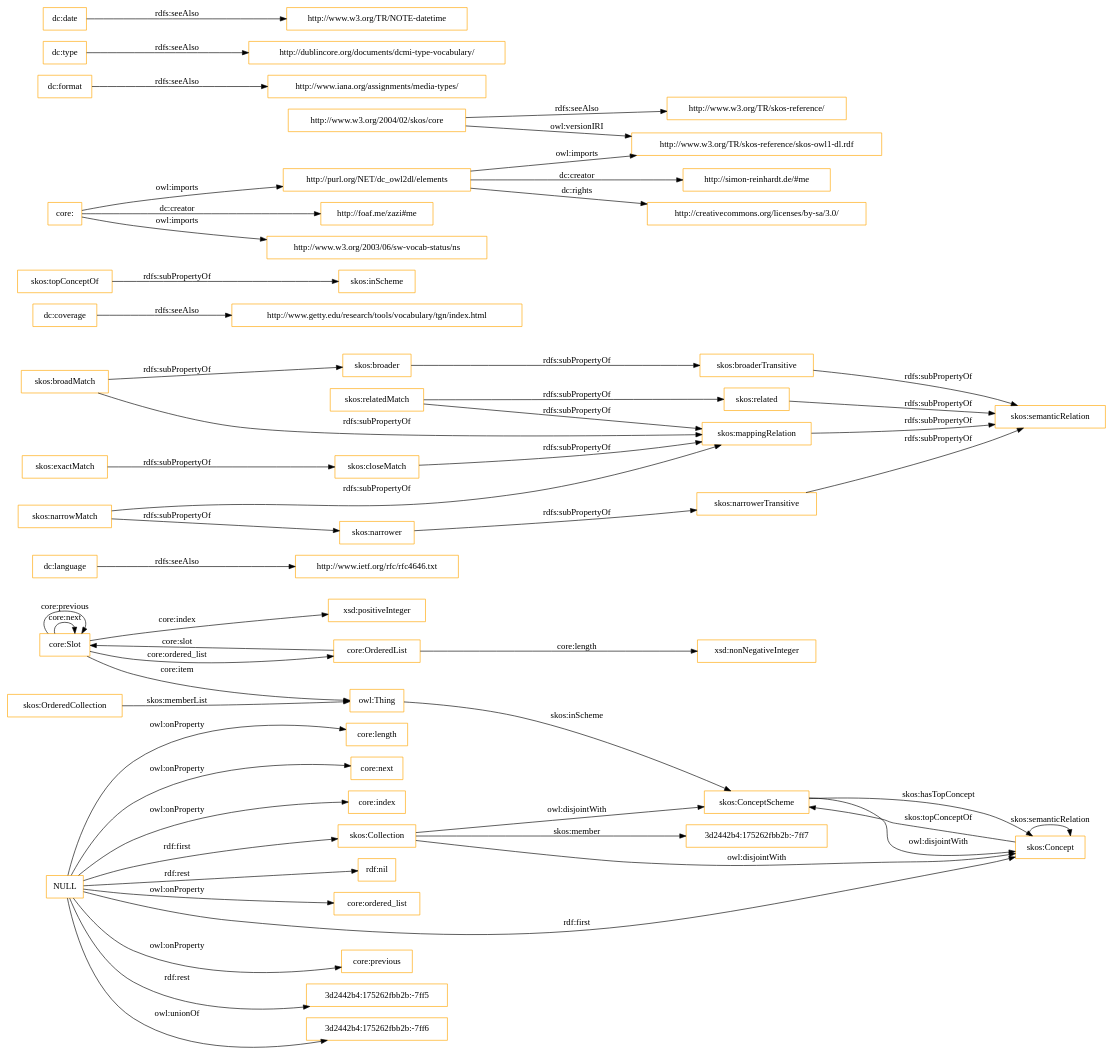
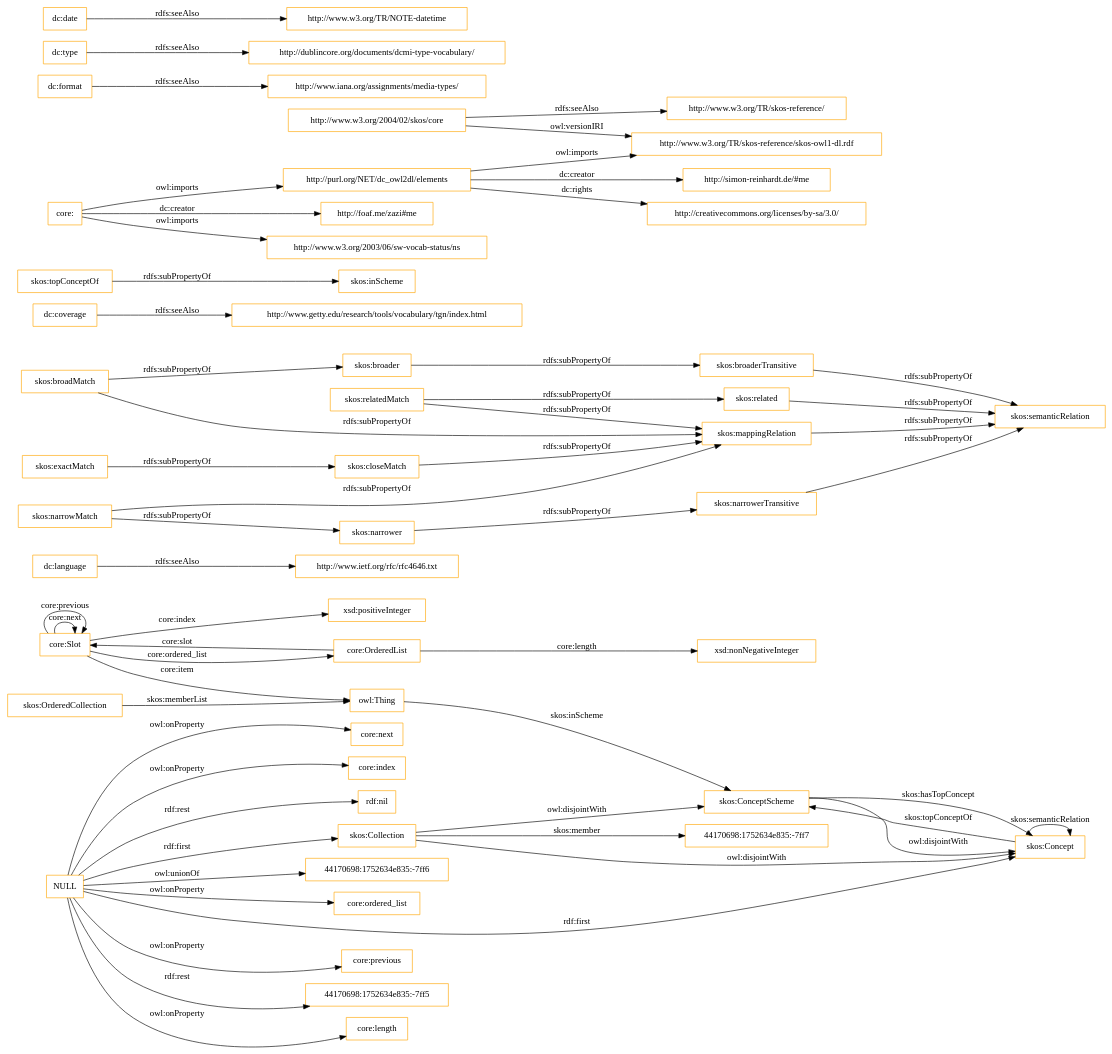
One commit to OnToologyUser/core-ontology-1 changed the diagram in OnToology/imports/core.owl/diagrams/ar2dtool-class/core.owl.png.dot. Above: the diagram before and after it, drawn with Graphviz. The commit also changed 14 other files, not shown here.

```diff
--- a/OnToology/imports/core.owl/diagrams/ar2dtool-class/core.owl.png.dot
+++ b/OnToology/imports/core.owl/diagrams/ar2dtool-class/core.owl.png.dot
@@ -1,60 +1,60 @@
 digraph ar2dtool_diagram { 
 rankdir=LR;
 size="1501"
-node [shape = rectangle, color="orange"]; "core:Slot" "core:OrderedList" "3d2442b4:175262fbb2b:-7ff7" "skos:OrderedCollection" "skos:Collection" "skos:ConceptScheme" "skos:Concept" ; /*classes style*/
+node [shape = rectangle, color="orange"]; "core:Slot" "core:OrderedList" "44170698:1752634e835:-7ff7" "skos:OrderedCollection" "skos:Collection" "skos:ConceptScheme" "skos:Concept" ; /*classes style*/
 	"dc:language" -> "http://www.ietf.org/rfc/rfc4646.txt" [ label = "rdfs:seeAlso" ];
 	"NULL" -> "core:previous" [ label = "owl:onProperty" ];
-	"NULL" -> "3d2442b4:175262fbb2b:-7ff5" [ label = "rdf:rest" ];
-	"NULL" -> "3d2442b4:175262fbb2b:-7ff6" [ label = "owl:unionOf" ];
+	"NULL" -> "44170698:1752634e835:-7ff5" [ label = "rdf:rest" ];
 	"NULL" -> "core:length" [ label = "owl:onProperty" ];
 	"NULL" -> "skos:Concept" [ label = "rdf:first" ];
 	"NULL" -> "core:next" [ label = "owl:onProperty" ];
 	"NULL" -> "core:index" [ label = "owl:onProperty" ];
 	"NULL" -> "rdf:nil" [ label = "rdf:rest" ];
+	"NULL" -> "44170698:1752634e835:-7ff6" [ label = "owl:unionOf" ];
 	"NULL" -> "core:ordered_list" [ label = "owl:onProperty" ];
 	"NULL" -> "skos:Collection" [ label = "rdf:first" ];
 	"skos:closeMatch" -> "skos:mappingRelation" [ label = "rdfs:subPropertyOf" ];
 	"dc:coverage" -> "http://www.getty.edu/research/tools/vocabulary/tgn/index.html" [ label = "rdfs:seeAlso" ];
 	"skos:relatedMatch" -> "skos:related" [ label = "rdfs:subPropertyOf" ];
 	"skos:relatedMatch" -> "skos:mappingRelation" [ label = "rdfs:subPropertyOf" ];
 	"skos:ConceptScheme" -> "skos:Concept" [ label = "owl:disjointWith" ];
 	"skos:related" -> "skos:semanticRelation" [ label = "rdfs:subPropertyOf" ];
 	"skos:topConceptOf" -> "skos:inScheme" [ label = "rdfs:subPropertyOf" ];
 	"skos:broadMatch" -> "skos:broader" [ label = "rdfs:subPropertyOf" ];
 	"skos:broadMatch" -> "skos:mappingRelation" [ label = "rdfs:subPropertyOf" ];
 	"http://purl.org/NET/dc_owl2dl/elements" -> "http://www.w3.org/TR/skos-reference/skos-owl1-dl.rdf" [ label = "owl:imports" ];
 	"http://purl.org/NET/dc_owl2dl/elements" -> "http://creativecommons.org/licenses/by-sa/3.0/" [ label = "dc:rights" ];
 	"http://purl.org/NET/dc_owl2dl/elements" -> "http://simon-reinhardt.de/#me" [ label = "dc:creator" ];
 	"skos:exactMatch" -> "skos:closeMatch" [ label = "rdfs:subPropertyOf" ];
 	"dc:format" -> "http://www.iana.org/assignments/media-types/" [ label = "rdfs:seeAlso" ];
 	"core:" -> "http://foaf.me/zazi#me" [ label = "dc:creator" ];
 	"core:" -> "http://www.w3.org/2003/06/sw-vocab-status/ns" [ label = "owl:imports" ];
 	"core:" -> "http://purl.org/NET/dc_owl2dl/elements" [ label = "owl:imports" ];
 	"skos:broaderTransitive" -> "skos:semanticRelation" [ label = "rdfs:subPropertyOf" ];
 	"skos:mappingRelation" -> "skos:semanticRelation" [ label = "rdfs:subPropertyOf" ];
 	"skos:broader" -> "skos:broaderTransitive" [ label = "rdfs:subPropertyOf" ];
 	"dc:type" -> "http://dublincore.org/documents/dcmi-type-vocabulary/" [ label = "rdfs:seeAlso" ];
 	"http://www.w3.org/2004/02/skos/core" -> "http://www.w3.org/TR/skos-reference/skos-owl1-dl.rdf" [ label = "owl:versionIRI" ];
 	"http://www.w3.org/2004/02/skos/core" -> "http://www.w3.org/TR/skos-reference/" [ label = "rdfs:seeAlso" ];
 	"skos:Collection" -> "skos:ConceptScheme" [ label = "owl:disjointWith" ];
 	"skos:Collection" -> "skos:Concept" [ label = "owl:disjointWith" ];
 	"skos:narrowMatch" -> "skos:narrower" [ label = "rdfs:subPropertyOf" ];
 	"skos:narrowMatch" -> "skos:mappingRelation" [ label = "rdfs:subPropertyOf" ];
 	"skos:narrower" -> "skos:narrowerTransitive" [ label = "rdfs:subPropertyOf" ];
 	"dc:date" -> "http://www.w3.org/TR/NOTE-datetime" [ label = "rdfs:seeAlso" ];
 	"skos:narrowerTransitive" -> "skos:semanticRelation" [ label = "rdfs:subPropertyOf" ];
 	"core:Slot" -> "xsd:positiveInteger" [ label = "core:index" ];
 	"skos:Concept" -> "skos:ConceptScheme" [ label = "skos:topConceptOf" ];
 	"core:Slot" -> "owl:Thing" [ label = "core:item" ];
 	"core:OrderedList" -> "xsd:nonNegativeInteger" [ label = "core:length" ];
 	"core:OrderedList" -> "core:Slot" [ label = "core:slot" ];
-	"skos:Collection" -> "3d2442b4:175262fbb2b:-7ff7" [ label = "skos:member" ];
+	"skos:Collection" -> "44170698:1752634e835:-7ff7" [ label = "skos:member" ];
 	"core:Slot" -> "core:Slot" [ label = "core:next" ];
 	"skos:ConceptScheme" -> "skos:Concept" [ label = "skos:hasTopConcept" ];
 	"owl:Thing" -> "skos:ConceptScheme" [ label = "skos:inScheme" ];
 	"core:Slot" -> "core:Slot" [ label = "core:previous" ];
 	"skos:OrderedCollection" -> "owl:Thing" [ label = "skos:memberList" ];
 	"skos:Concept" -> "skos:Concept" [ label = "skos:semanticRelation" ];
 	"core:Slot" -> "core:OrderedList" [ label = "core:ordered_list" ];
 
 }
```
